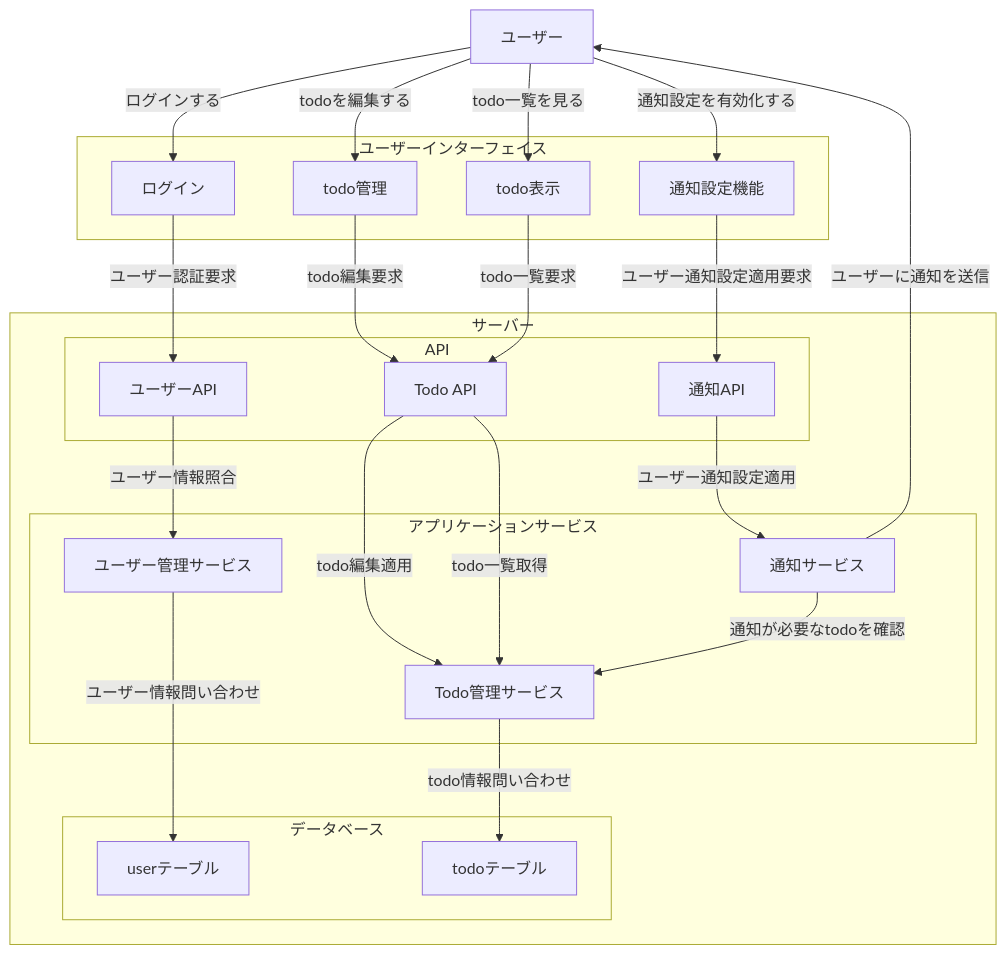
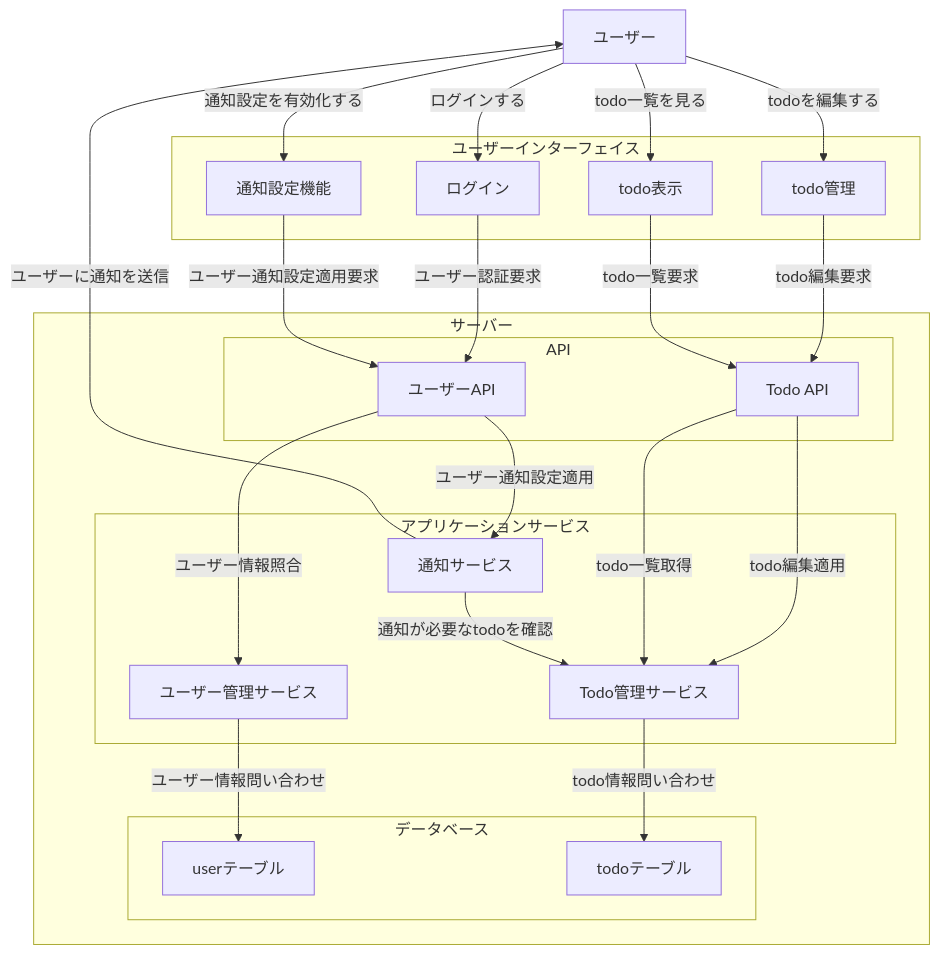
Before and after one commit to tam1192/MyTodoAppsDocs: the first of 4 diagrams in src/要件定義.md, drawn with Mermaid.

Commit message:
通知APIを削除

````diff
--- a/src/要件定義.md
+++ b/src/要件定義.md
@@ -40,52 +40,51 @@
 ```mermaid
 flowchart TD
    %% 機能定義
    user["ユーザー"]
    subgraph ui["ユーザーインターフェイス"]
       login["ログイン"]
       managementTodo["todo管理"]
       listTodo["todo表示"]
       setNotification["通知設定機能"]
    end
    subgraph server["サーバー"]
       subgraph api["API"]
          userApi["ユーザーAPI"]
          todoApi["Todo API"]
-         notificationApi["通知API"]
       end
       subgraph aps["アプリケーションサービス"]
          userManagementService["ユーザー管理サービス"]
          todoManagementService["Todo管理サービス"]
          notificationManagementService["通知サービス"]
       end
       subgraph db["データベース"]
          userDb["userテーブル"]
          todoDb["todoテーブル"]
       end
    end
 
    %% ログインシステムの関係
    user -->|ログインする| login
    login -->|ユーザー認証要求| userApi
    userApi --> |ユーザー情報照合| userManagementService
    userManagementService --> |ユーザー情報問い合わせ| userDb
 
    %% Todo機能の関係
    user --> |todoを編集する| managementTodo
    user --> |todo一覧を見る| listTodo
 
    managementTodo --> |todo編集要求| todoApi
    listTodo --> |todo一覧要求| todoApi
 
    todoApi --> |todo編集適用| todoManagementService
    todoApi --> |todo一覧取得| todoManagementService
 
    todoManagementService --> |todo情報問い合わせ| todoDb
 
    %% 通知機能の関係
    user --> |通知設定を有効化する| setNotification
-   setNotification --> |ユーザー通知設定適用要求| notificationApi
-   notificationApi --> |ユーザー通知設定適用| notificationManagementService
+   setNotification --> |ユーザー通知設定適用要求| userApi
+   userApi --> |ユーザー通知設定適用| notificationManagementService
    notificationManagementService --> |通知が必要なtodoを確認| todoManagementService
    notificationManagementService --> |ユーザーに通知を送信| user
 ```
````
